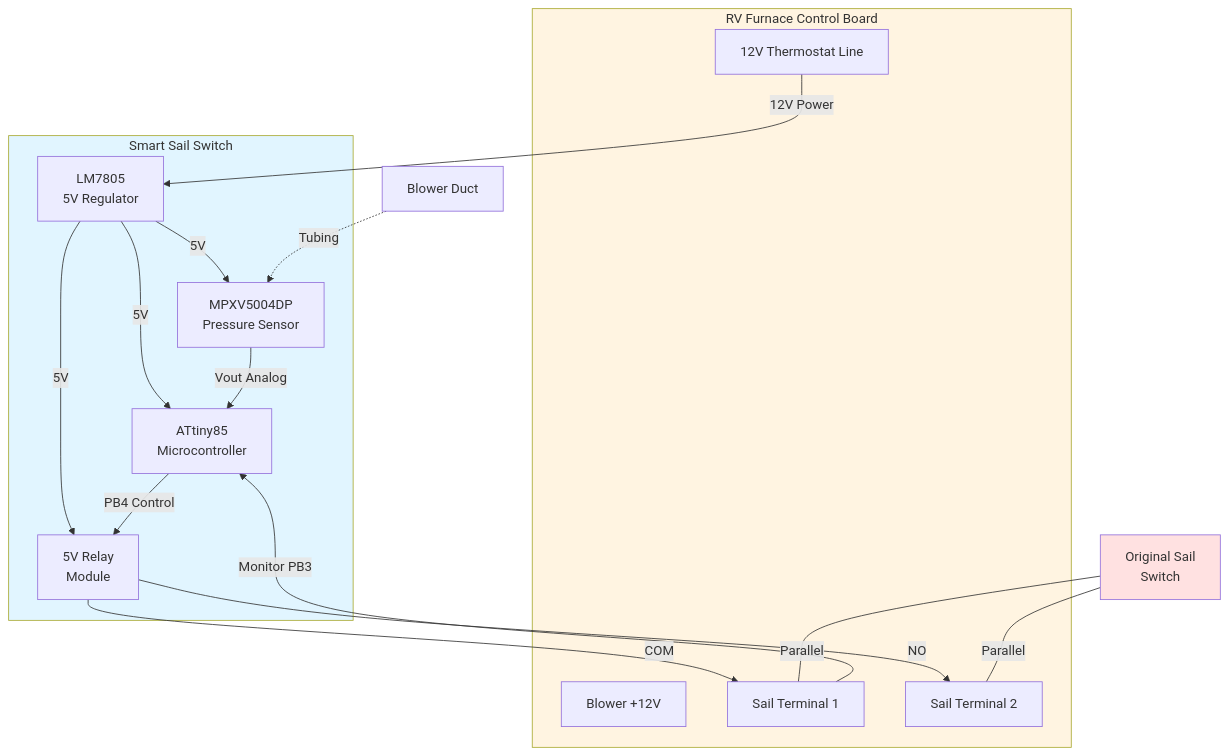
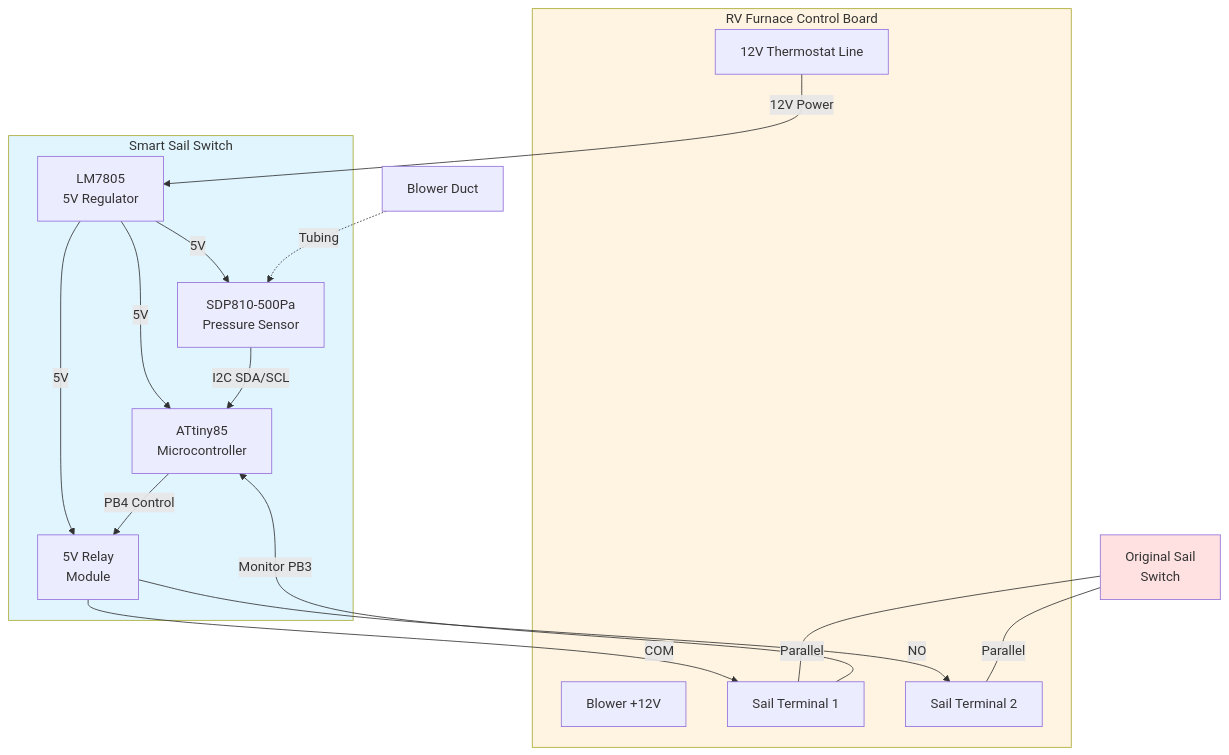
Before and after one commit to miclip/smart-rv-sail-switch: the diagram in hardware/README.md, drawn with Mermaid. The commit also changed other lines of this file and 5 other files, not shown here.

````diff
--- a/hardware/README.md
+++ b/hardware/README.md
@@ -47,37 +49,37 @@
 ```mermaid
 flowchart TD
     subgraph Furnace["RV Furnace Control Board"]
         THERMO["12V Thermostat Line"]
         BLOWER["Blower +12V"]
         SAIL1["Sail Terminal 1"]
         SAIL2["Sail Terminal 2"]
     end
 
     subgraph SmartSwitch["Smart Sail Switch"]
         REG["LM7805<br/>5V Regulator"]
         MCU["ATtiny85<br/>Microcontroller"]
-        SENSOR["MPXV5004DP<br/>Pressure Sensor"]
+        SENSOR["SDP810-500Pa<br/>Pressure Sensor"]
         RELAY["5V Relay<br/>Module"]
 
         REG -->|5V| MCU
         REG -->|5V| SENSOR
         REG -->|5V| RELAY
-        SENSOR -->|Vout Analog| MCU
+        SENSOR -->|I2C SDA/SCL| MCU
         MCU -->|PB4 Control| RELAY
     end
 
     THERMO -->|12V Power| REG
     SAIL1 -->|Monitor PB3| MCU
 
     RELAY -->|COM| SAIL1
     RELAY -->|NO| SAIL2
 
     SAILSWITCH["Original Sail<br/>Switch"] ---|Parallel| SAIL1
     SAILSWITCH ---|Parallel| SAIL2
 
     BLOWERDUCT[Blower Duct] -.->|Tubing| SENSOR
 
     style SmartSwitch fill:#e1f5ff
     style Furnace fill:#fff4e1
     style SAILSWITCH fill:#ffe1e1
 ```
````
